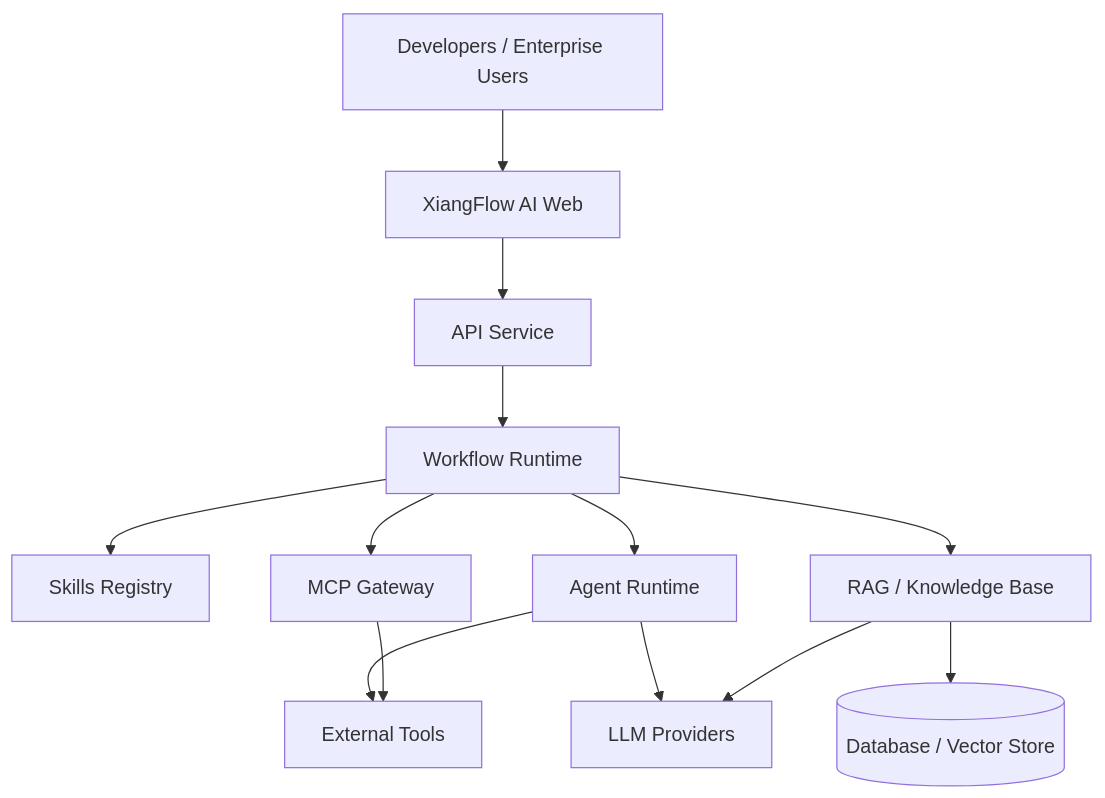
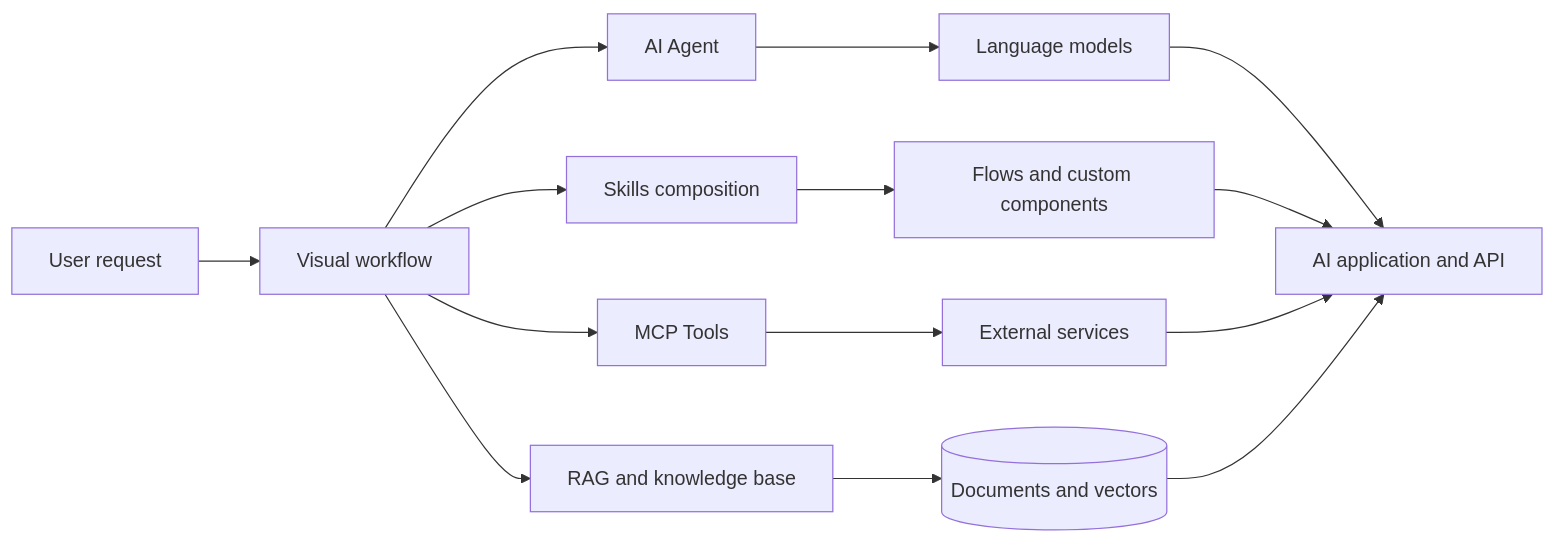
Before and after one commit to lien0219/openxflow: the first of 2 diagrams in README_EN.md, drawn with Mermaid. The commit also changed other lines of this file and 1 other file, not shown here.

Commit message:
docs: redesign XiangFlow AI bilingual README

````diff
--- a/README_EN.md
+++ b/README_EN.md
@@ -141,27 +101,18 @@
 ```mermaid
-flowchart TB
-    User[Developers / Enterprise Users]
-    Web[XiangFlow AI Web]
-    API[API Service]
-    Runtime[Workflow Runtime]
-    Skills[Skills Registry]
-    MCP[MCP Gateway]
-    Agents[Agent Runtime]
-    RAG[RAG / Knowledge Base]
-    Models[LLM Providers]
-    Tools[External Tools]
-    Storage[(Database / Vector Store)]
+flowchart LR
+    User[User request] --> Canvas[Visual workflow]
+    Canvas --> Agent[AI Agent]
+    Canvas --> Skills[Skills composition]
+    Canvas --> MCP[MCP Tools]
+    Canvas --> RAG[RAG and knowledge base]
 
-    User --> Web
-    Web --> API
-    API --> Runtime
-    Runtime --> Skills
-    Runtime --> MCP
-    Runtime --> Agents
-    Runtime --> RAG
-    Agents --> Models
-    Agents --> Tools
-    RAG --> Models
-    RAG --> Storage
-    MCP --> Tools
+    Agent --> Models[Language models]
+    Skills --> Components[Flows and custom components]
+    MCP --> Services[External services]
+    RAG --> Data[(Documents and vectors)]
+
+    Models --> Result[AI application and API]
+    Components --> Result
+    Services --> Result
+    Data --> Result
 ```
````
